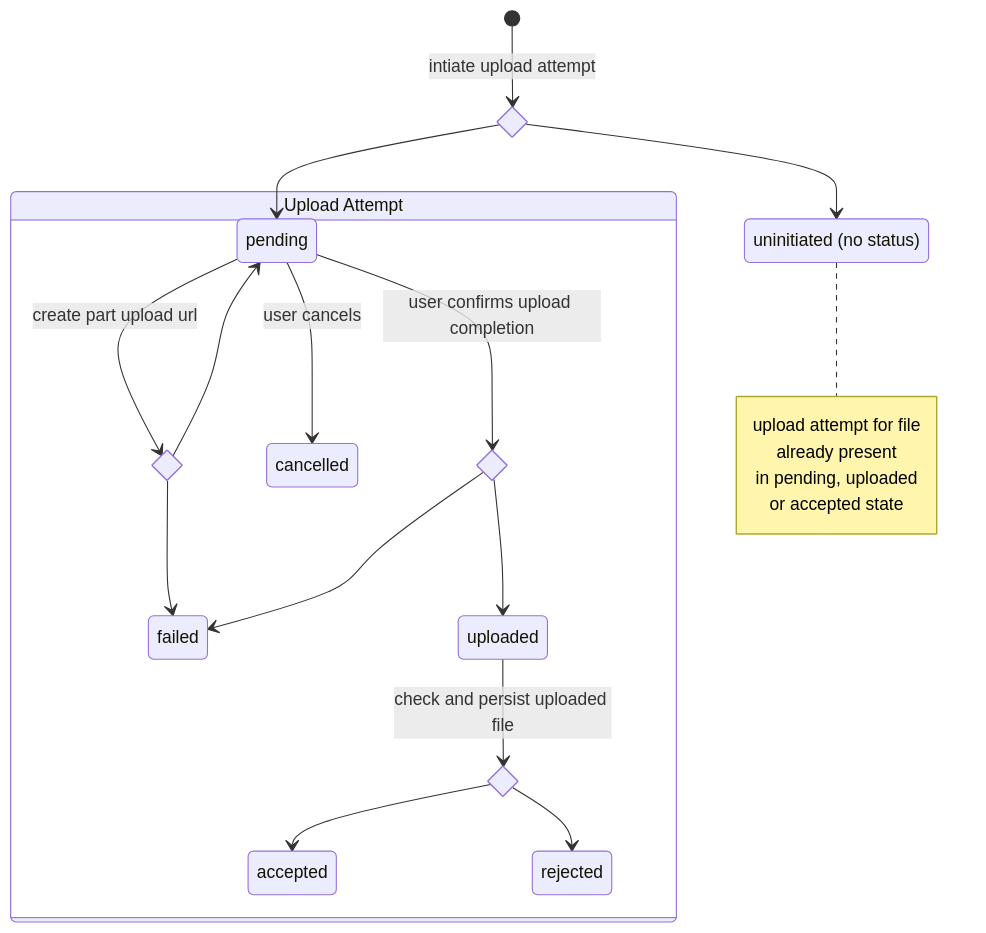
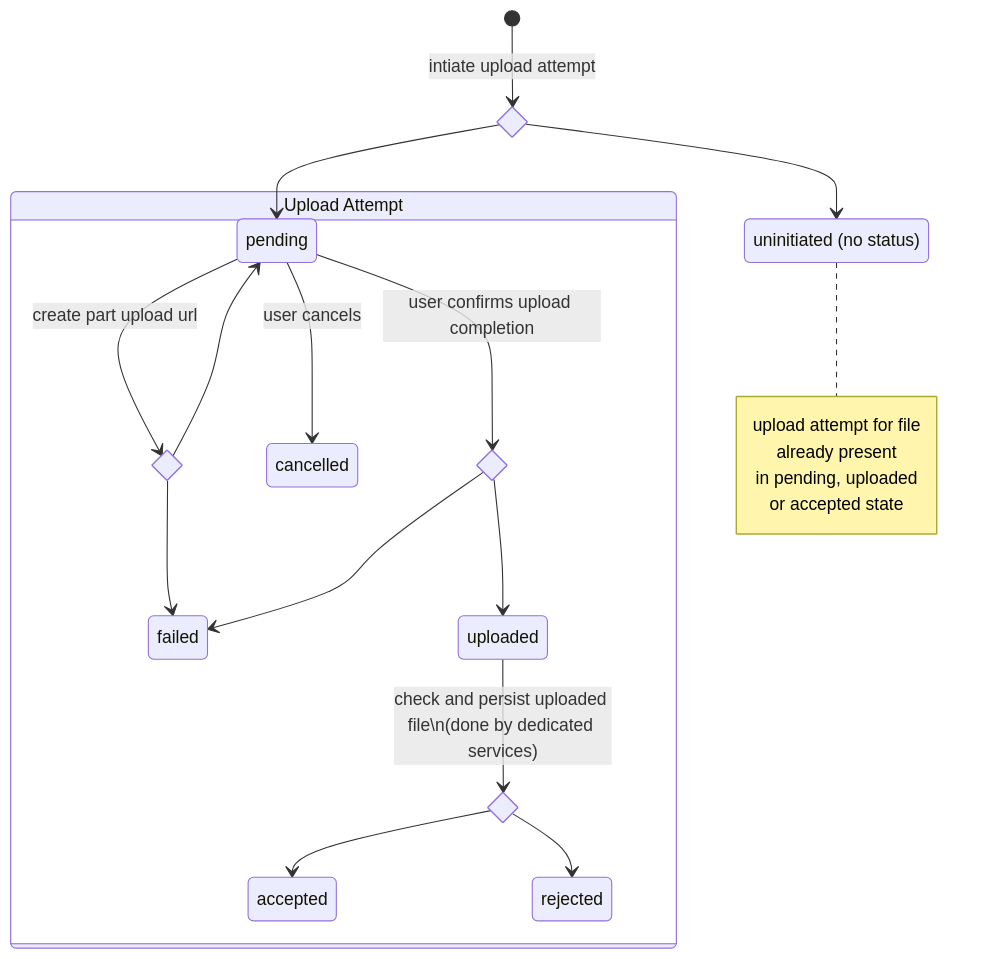
One commit to ghga-de/milestones-docs changed the diagram in 4-star-nosed_mole/technical_specification.md. Above: the diagram before and after it, drawn with Mermaid. The commit also changed other lines of this file, not shown here.

Commit message:
Slight improvements

````diff
--- a/4-star-nosed_mole/technical_specification.md
+++ b/4-star-nosed_mole/technical_specification.md
@@ -73,34 +73,34 @@
 ```mermaid
 stateDiagram-v2
     state initiate <<choice>>
     state "uninitiated (no status)" as uninitiated
     state "Upload Attempt" as upload_attempt
 
     [*] --> initiate: intiate upload attempt
     initiate --> uninitiated: 
     note right of uninitiated
     upload attempt for file
     already present
     in pending, uploaded 
     or accepted state 
     end note
     initiate --> pending
     state upload_attempt {
     state part_upload_choice <<choice>>
     
     pending --> part_upload_choice: create part upload url
     part_upload_choice --> pending
     part_upload_choice --> failed
     
     pending --> cancelled: user cancels
     state confirm_choice <<choice>>
     pending --> confirm_choice: user confirms upload completion
     confirm_choice --> failed
     confirm_choice --> uploaded
     
     state check_choice <<choice>>
-    uploaded --> check_choice: check and persist uploaded file
+    uploaded --> check_choice: check and persist uploaded file\n(done by dedicated services)
     check_choice --> accepted
     check_choice --> rejected
     }
 ```
````
